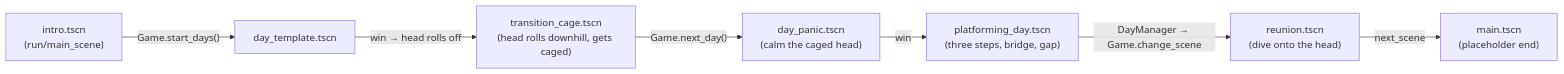
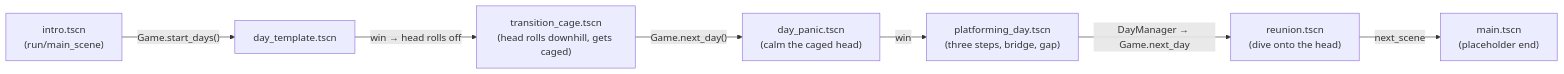
The diagram in docs/CODEBASE.md (tucksravin/dont-lose-your-head), drawn with Mermaid before and after one commit. The commit also changed other lines of this file and 23 other files, not shown here.

Commit message:
architecture

````diff
--- a/docs/CODEBASE.md
+++ b/docs/CODEBASE.md
@@ -26,9 +26,9 @@
 ```mermaid
 flowchart LR
   I["intro.tscn<br/>(run/main_scene)"] -- "Game.start_days()" --> D0["day_template.tscn"]
   D0 -- "win → head rolls off" --> T1["transition_cage.tscn<br/>(head rolls downhill, gets caged)"]
   T1 -- "Game.next_day()" --> D1["day_panic.tscn<br/>(calm the caged head)"]
   D1 -- "win" --> D2["platforming_day.tscn<br/>(three steps, bridge, gap)"]
-  D2 -- "DayManager → Game.change_scene" --> R["reunion.tscn<br/>(dive onto the head)"]
+  D2 -- "DayManager → Game.next_day" --> R["reunion.tscn<br/>(dive onto the head)"]
   R -- "next_scene" --> M["main.tscn<br/>(placeholder end)"]
 ```
````
